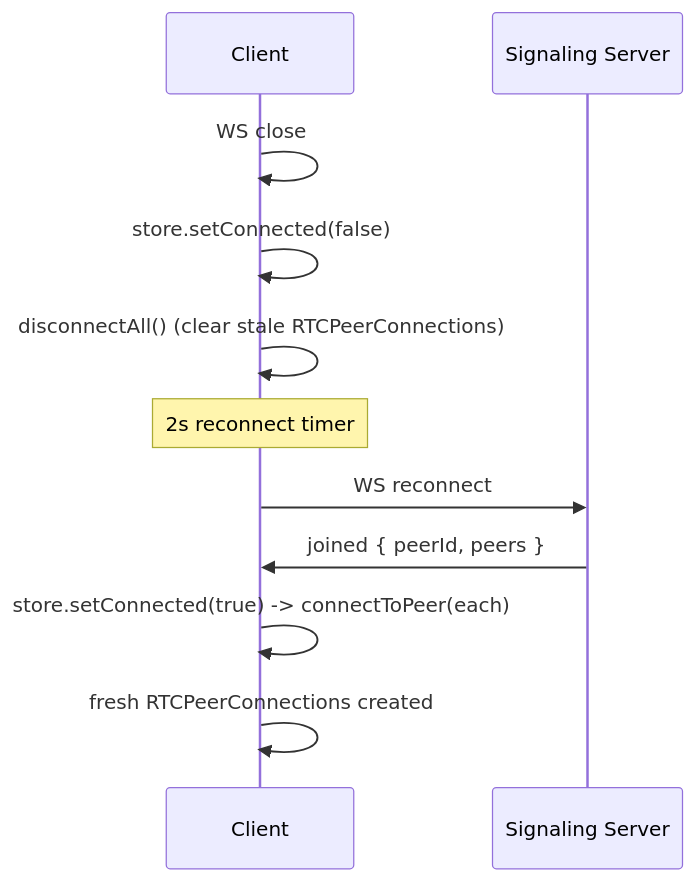
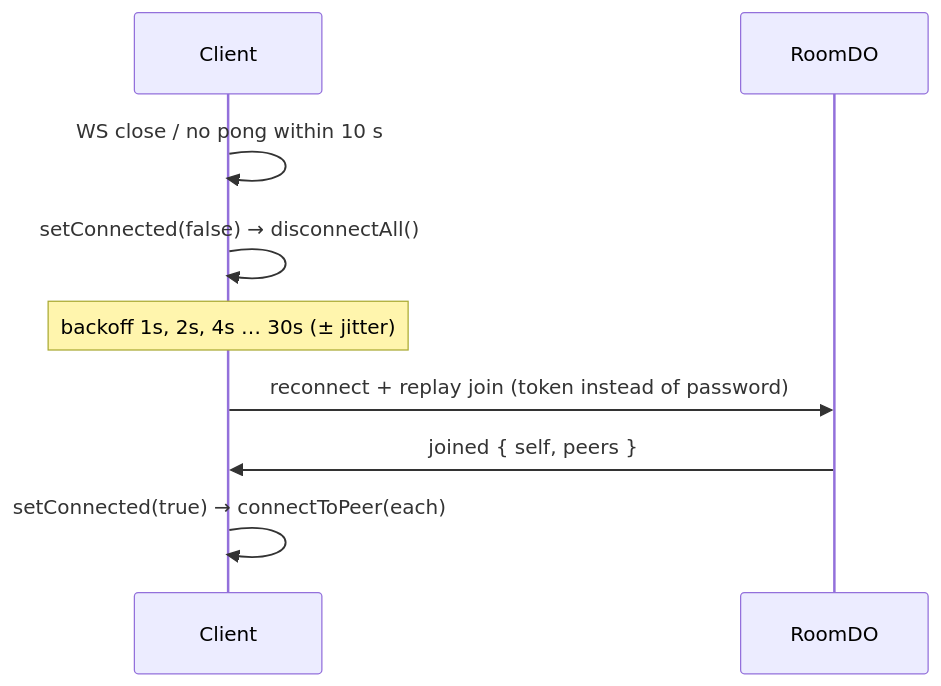
The third of 4 diagrams in ARCHITECTURE.md (kushal1o1/ZeroRelay), drawn with Mermaid before and after one commit. The commit also changed other lines of this file and 3 other files, not shown here.

Commit message:
docs: update README, architecture and landing copy for v2

````diff
--- a/ARCHITECTURE.md
+++ b/ARCHITECTURE.md
@@ -62,14 +153,12 @@
 ```mermaid
 sequenceDiagram
   participant C as Client
-  participant S as Signaling Server
+  participant S as RoomDO
 
-  C->>C: WS close
-  C->>C: store.setConnected(false)
-  C->>C: disconnectAll() (clear stale RTCPeerConnections)
-  Note over C: 2s reconnect timer
-  C->>S: WS reconnect
-  S->>C: joined { peerId, peers }
-  C->>C: store.setConnected(true) -> connectToPeer(each)
-  C->>C: fresh RTCPeerConnections created
+  C->>C: WS close / no pong within 10 s
+  C->>C: setConnected(false) → disconnectAll()
+  Note over C: backoff 1s, 2s, 4s … 30s (± jitter)
+  C->>S: reconnect + replay join (token instead of password)
+  S->>C: joined { self, peers }
+  C->>C: setConnected(true) → connectToPeer(each)
 ```
````
